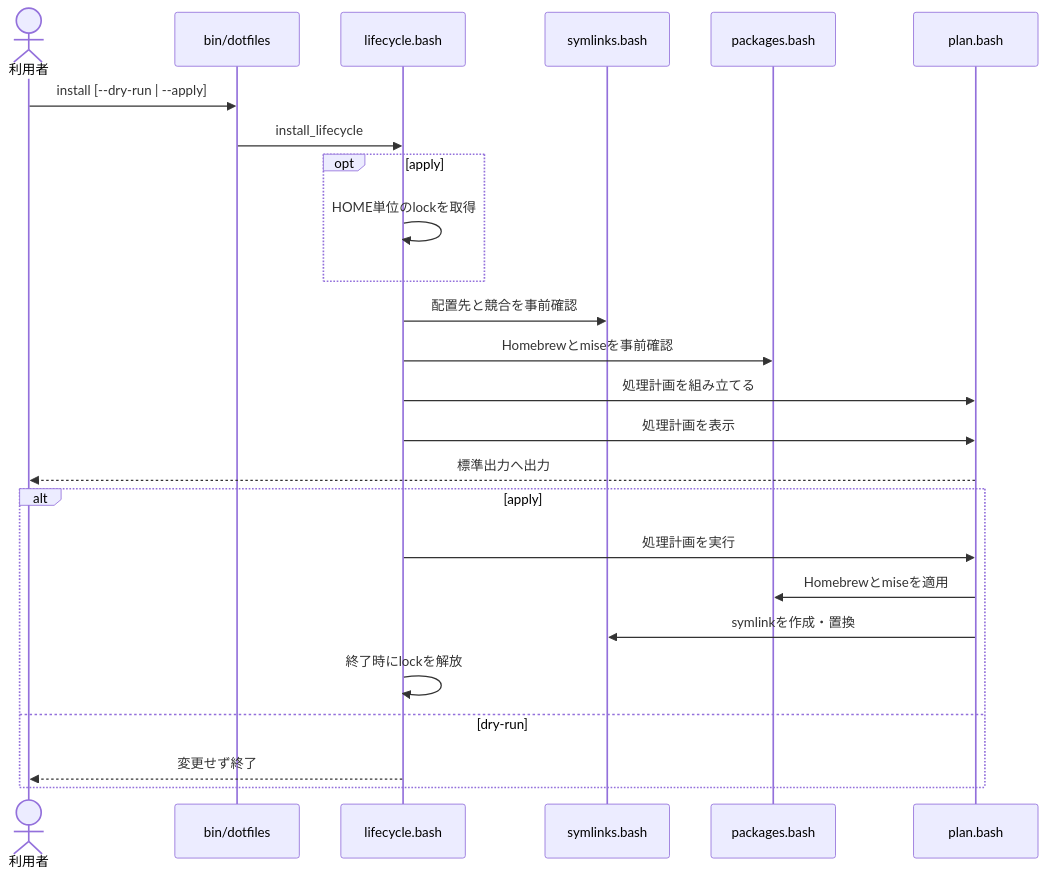
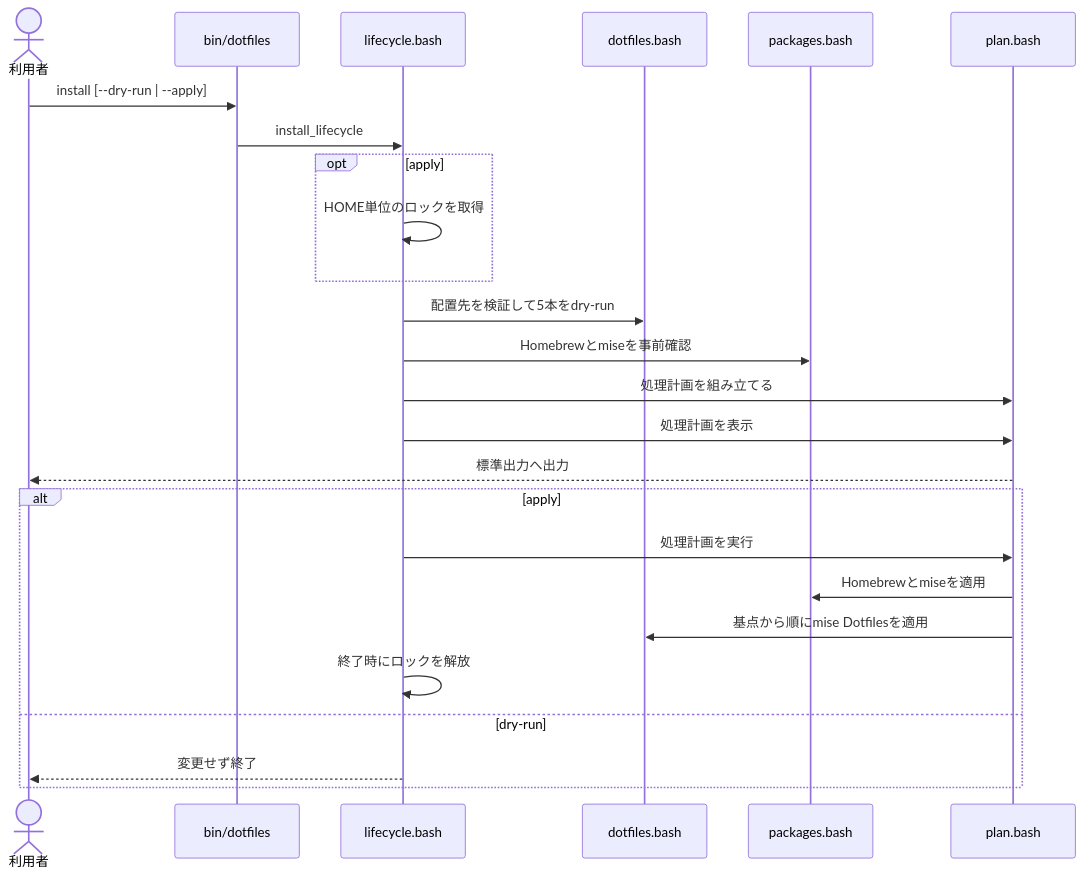
The second of 2 diagrams in docs/ARCHITECTURE.md (gkzz/dotfiles), drawn with Mermaid before and after one commit. The commit also changed other lines of this file and 39 other files, not shown here.

````diff
--- a/docs/ARCHITECTURE.md
+++ b/docs/ARCHITECTURE.md
@@ -52,31 +53,31 @@
 ```mermaid
 sequenceDiagram
     actor User as 利用者
     participant CLI as bin/dotfiles
     participant Lifecycle as lifecycle.bash
-    participant Symlinks as symlinks.bash
+    participant Dotfiles as dotfiles.bash
     participant Packages as packages.bash
     participant Plan as plan.bash
 
     User->>CLI: install [--dry-run | --apply]
     CLI->>Lifecycle: install_lifecycle
 
     opt apply
-        Lifecycle->>Lifecycle: HOME単位のlockを取得
+        Lifecycle->>Lifecycle: HOME単位のロックを取得
     end
 
-    Lifecycle->>Symlinks: 配置先と競合を事前確認
+    Lifecycle->>Dotfiles: 配置先を検証して5本をdry-run
     Lifecycle->>Packages: Homebrewとmiseを事前確認
     Lifecycle->>Plan: 処理計画を組み立てる
     Lifecycle->>Plan: 処理計画を表示
     Plan-->>User: 標準出力へ出力
 
     alt apply
         Lifecycle->>Plan: 処理計画を実行
         Plan->>Packages: Homebrewとmiseを適用
-        Plan->>Symlinks: symlinkを作成・置換
-        Lifecycle->>Lifecycle: 終了時にlockを解放
+        Plan->>Dotfiles: 基点から順にmise Dotfilesを適用
+        Lifecycle->>Lifecycle: 終了時にロックを解放
     else dry-run
         Lifecycle-->>User: 変更せず終了
     end
 ```
````
